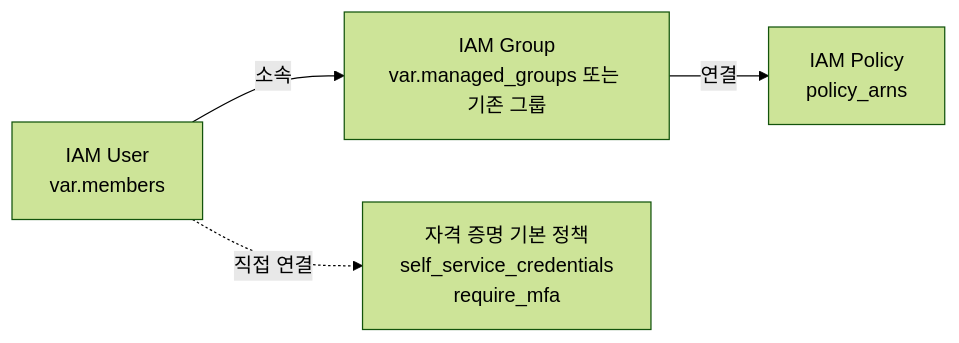
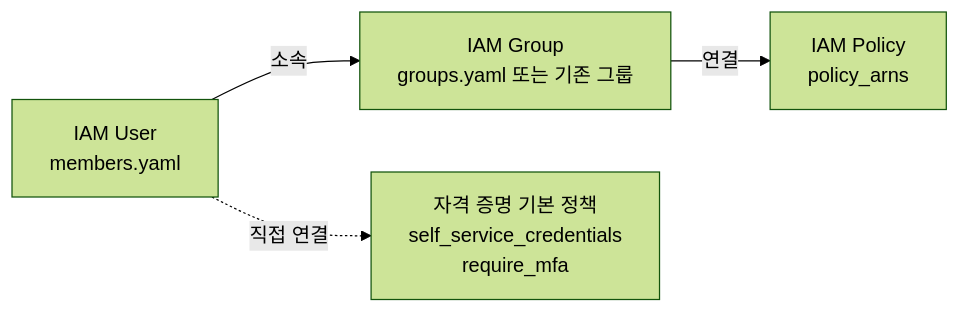
The diagram in identity/docs/change-access.md (kintoun-secops/kintoun-infra), drawn with Mermaid (forest theme) before and after one commit. The commit also changed other lines of this file and 11 other files, not shown here.

Commit message:
feat(identity): IAM 사용자 및 그룹 관리 방식 변경 - members.yaml 및 groups.yaml 도입

````diff
--- a/identity/docs/change-access.md
+++ b/identity/docs/change-access.md
@@ -10,11 +10,11 @@
 ```mermaid
 graph LR
-  U["IAM User<br/>var.members"]
-  G["IAM Group<br/>var.managed_groups 또는 기존 그룹"]
+  U["IAM User<br/>members.yaml"]
+  G["IAM Group<br/>groups.yaml 또는 기존 그룹"]
   P["IAM Policy<br/>policy_arns"]
   B["자격 증명 기본 정책<br/>self_service_credentials<br/>require_mfa"]
 
   U -->|소속| G
   G -->|연결| P
   U -.->|직접 연결| B
 ```
````
